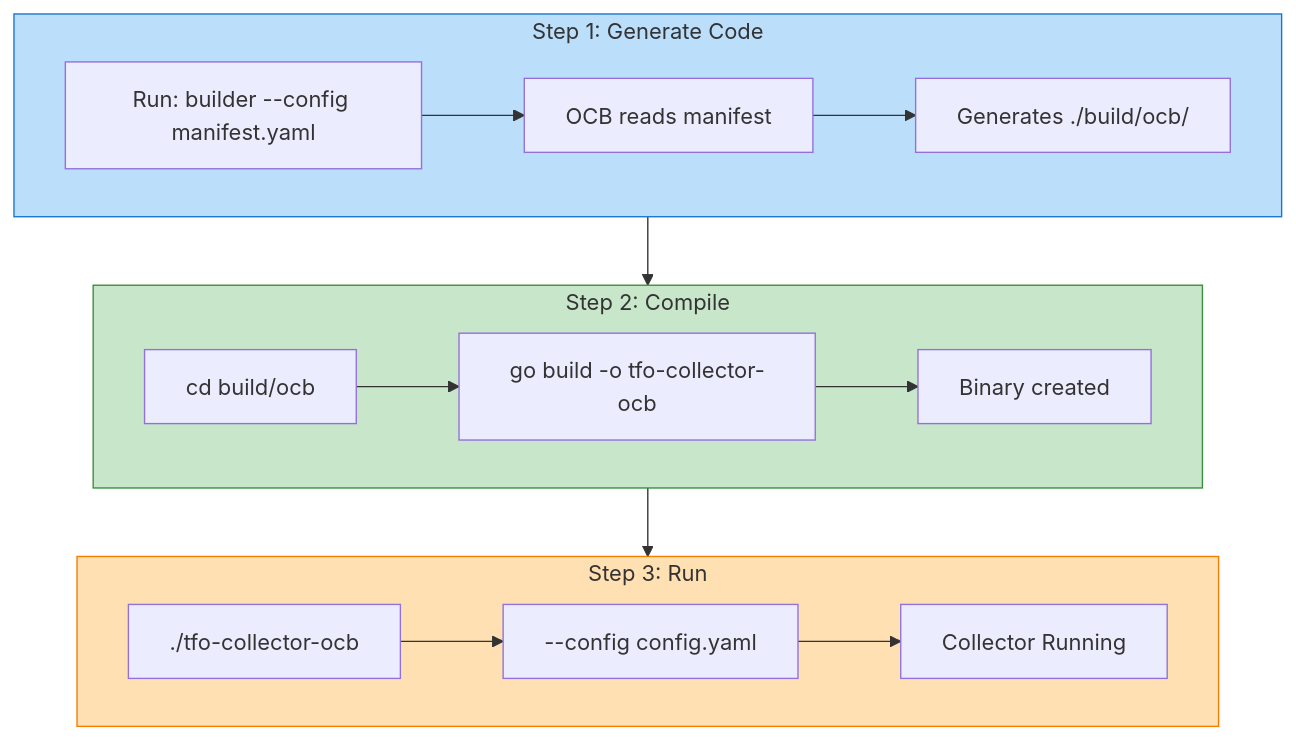
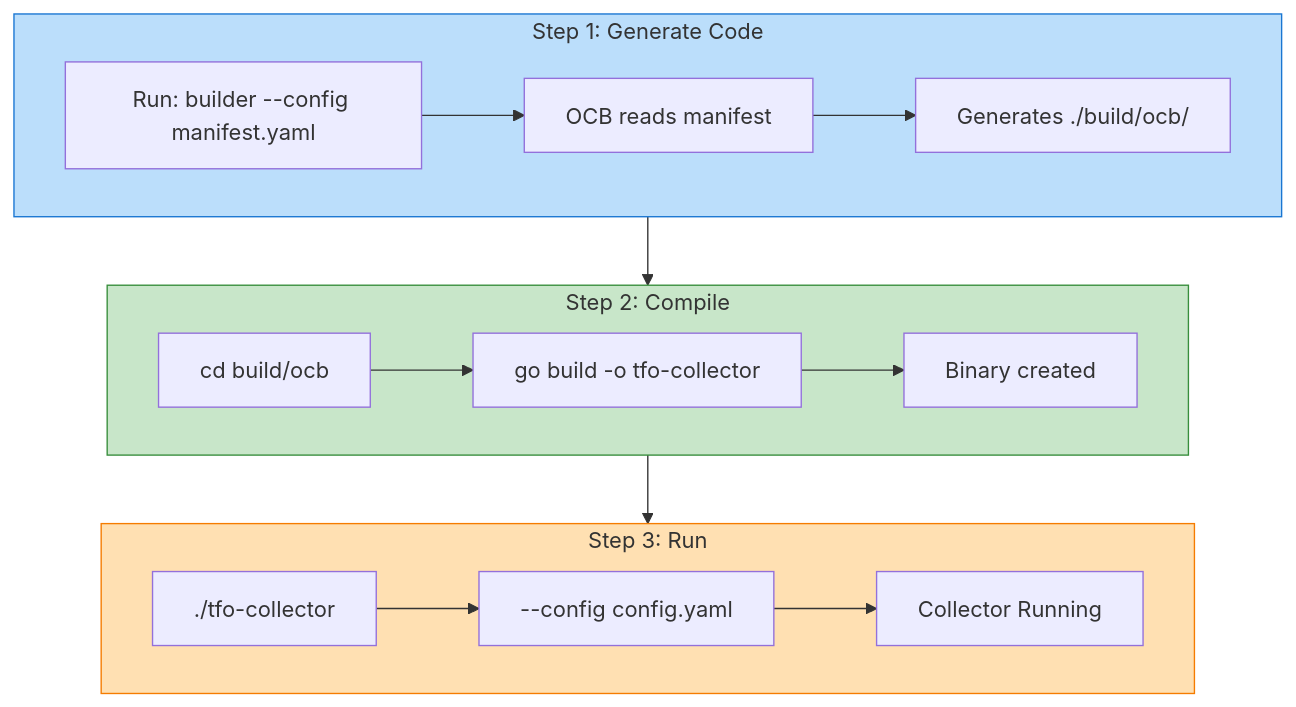
The third of 4 diagrams in docs/OCB_BUILD.md (telemetryflow/telemetryflow-collector), drawn with Mermaid before and after one commit. The commit also changed other lines of this file and 67 other files, not shown here.

````diff
--- a/docs/OCB_BUILD.md
+++ b/docs/OCB_BUILD.md
@@ -103,29 +91,29 @@
 ```mermaid
 flowchart TD
     subgraph Step1["Step 1: Generate Code"]
         A1[Run: builder --config manifest.yaml]
         A2[OCB reads manifest]
         A3[Generates ./build/ocb/]
         A1 --> A2 --> A3
     end
 
     subgraph Step2["Step 2: Compile"]
         B1[cd build/ocb]
-        B2[go build -o tfo-collector-ocb]
+        B2[go build -o tfo-collector]
         B3[Binary created]
         B1 --> B2 --> B3
     end
 
     subgraph Step3["Step 3: Run"]
-        C1[./tfo-collector-ocb]
+        C1[./tfo-collector]
         C2[--config config.yaml]
         C3[Collector Running]
         C1 --> C2 --> C3
     end
 
     Step1 --> Step2 --> Step3
 
     style Step1 fill:#BBDEFB,stroke:#1976D2
     style Step2 fill:#C8E6C9,stroke:#388E3C
     style Step3 fill:#FFE0B2,stroke:#F57C00
 ```
````
